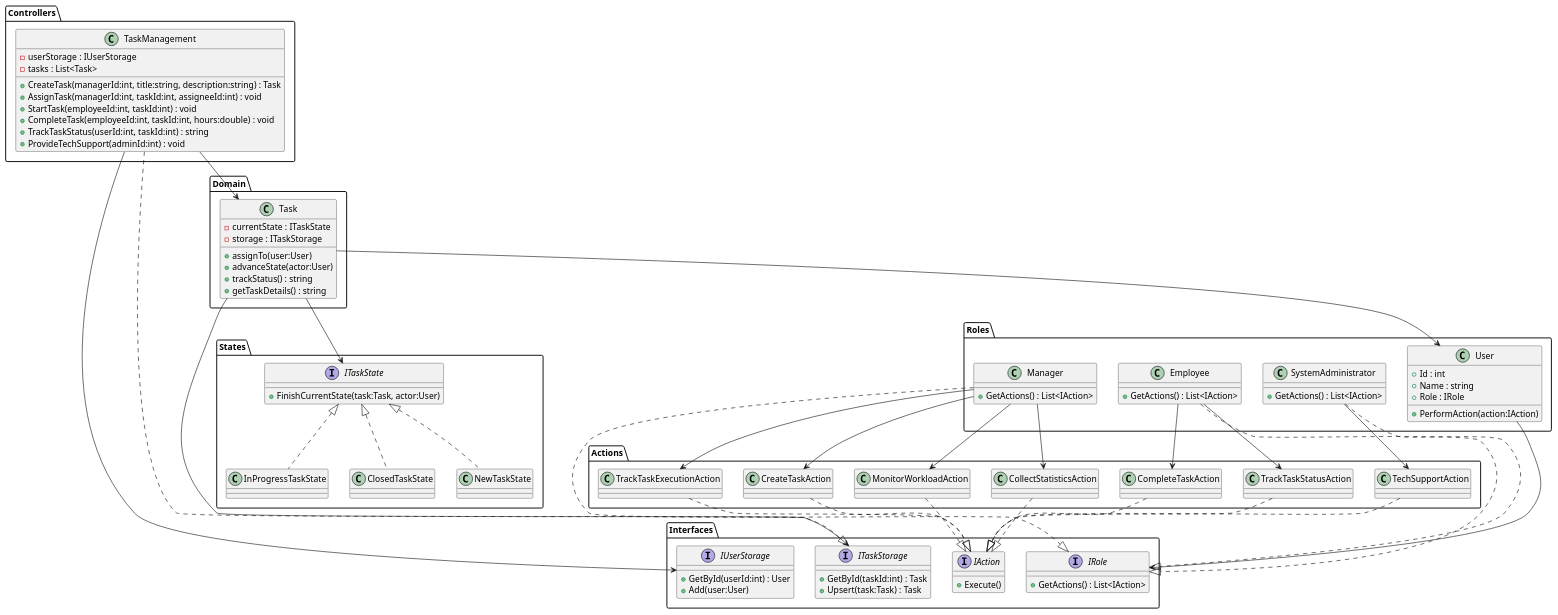
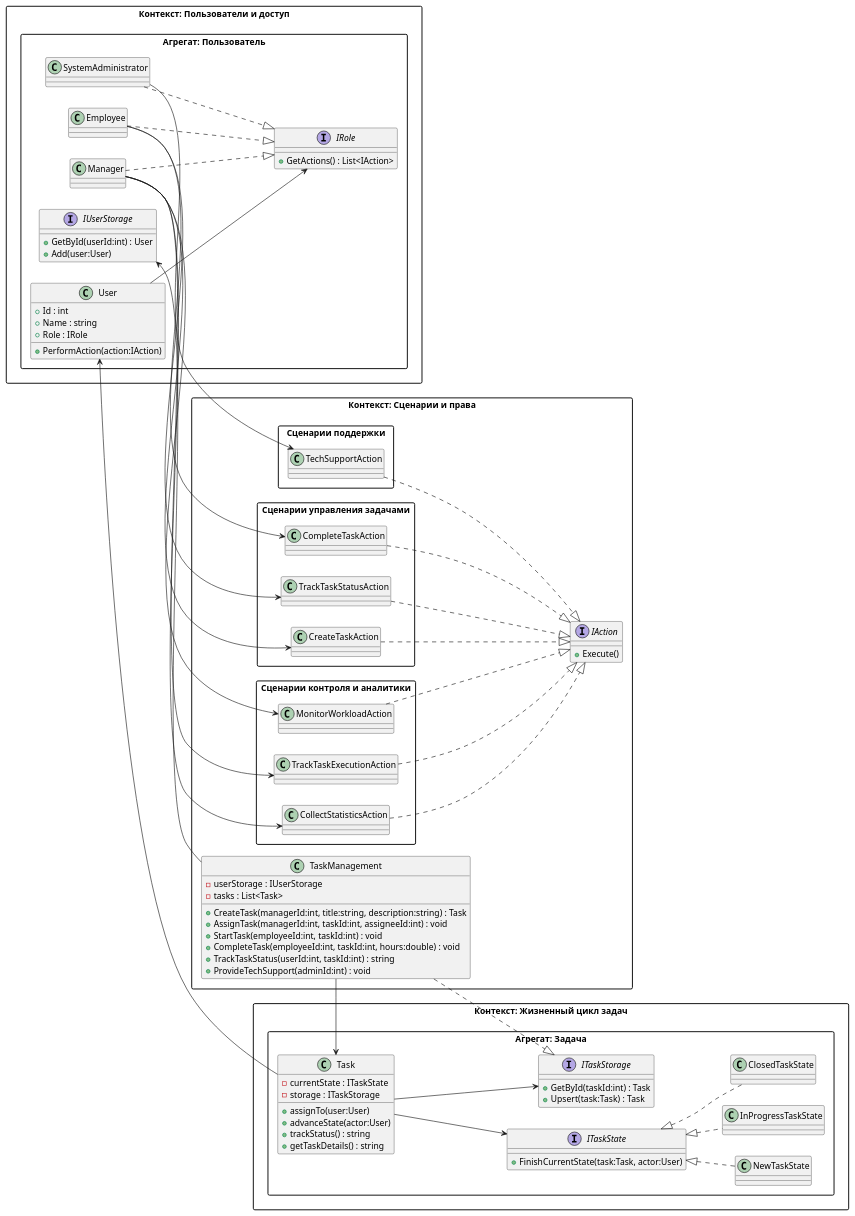
One commit to penamarth/bsbo-16-23_team3_var5_timemanagement changed the diagram in Модель предметной области.md. Above: the diagram before and after it, drawn with PlantUML.

Commit message:
edit diagram

````diff
--- a/Модель предметной области.md
+++ b/Модель предметной области.md
@@ -5,87 +5,76 @@
 ```plantuml
 @startuml
-package Interfaces {
-    interface IRole {
-        +GetActions() : List<IAction>
+left to right direction
+skinparam packageStyle rectangle
+
+' ============================
+' Контекст: Пользователи и доступ
+' ============================
+package "Контекст: Пользователи и доступ" {
+
+    package "Агрегат: Пользователь" {
+
+        interface IRole {
+            +GetActions() : List<IAction>
+        }
+
+        class Manager
+        class Employee
+        class SystemAdministrator
+
+        class User {
+            +Id : int
+            +Name : string
+            +Role : IRole
+            +PerformAction(action:IAction)
+        }
+
+        interface IUserStorage {
+            +GetById(userId:int) : User
+            +Add(user:User)
+        }
+
+        Manager ..|> IRole
+        Employee ..|> IRole
+        SystemAdministrator ..|> IRole
+        User --> IRole
     }
+}
+
+' ============================
+' Контекст: Сценарии и права
+' ============================
+package "Контекст: Сценарии и права" {
+
     interface IAction {
         +Execute()
     }
-    interface IUserStorage {
-        +GetById(userId:int) : User
-        +Add(user:User)
-    }
-    interface ITaskStorage {
-        +GetById(taskId:int) : Task
-        +Upsert(task:Task) : Task
-    }
-}
 
-package Roles {
-    class Manager {
-        +GetActions() : List<IAction>
-    }
-    class Employee {
-        +GetActions() : List<IAction>
-    }
-    class SystemAdministrator {
-        +GetActions() : List<IAction>
-    }
-    class User {
-        +Id : int
-        +Name : string
-        +Role : IRole
-        +PerformAction(action:IAction)
+    package "Сценарии поддержки" {
+        class TechSupportAction
+        TechSupportAction ..|> IAction
     }
 
-    Manager ..|> IRole
-    Employee ..|> IRole
-    SystemAdministrator ..|> IRole
-}
+    package "Сценарии управления задачами" {
+        class CreateTaskAction
+        class TrackTaskStatusAction
+        class CompleteTaskAction
 
-package Actions {
-    class CreateTaskAction
-    class TrackTaskExecutionAction
-    class CollectStatisticsAction
-    class MonitorWorkloadAction
-    class TrackTaskStatusAction
-    class CompleteTaskAction
-    class TechSupportAction
+        CreateTaskAction ..|> IAction
+        TrackTaskStatusAction ..|> IAction
+        CompleteTaskAction ..|> IAction
+    }
 
-    CreateTaskAction ..|> IAction
-    TrackTaskExecutionAction ..|> IAction
-    CollectStatisticsAction ..|> IAction
-    MonitorWorkloadAction ..|> IAction
-    TrackTaskStatusAction ..|> IAction
-    CompleteTaskAction ..|> IAction
-    TechSupportAction ..|> IAction
-}
+    package "Сценарии контроля и аналитики" {
+        class TrackTaskExecutionAction
+        class CollectStatisticsAction
+        class MonitorWorkloadAction
 
-package Domain {
-    class Task {
-        -currentState : ITaskState
-        -storage : ITaskStorage
-        +assignTo(user:User)
-        +advanceState(actor:User)
-        +trackStatus() : string
-        +getTaskDetails() : string
+        TrackTaskExecutionAction ..|> IAction
+        CollectStatisticsAction ..|> IAction
+        MonitorWorkloadAction ..|> IAction
     }
-}
 
-package States {
-    interface ITaskState {
-        +FinishCurrentState(task:Task, actor:User)
-    }
-    class NewTaskState
-    class InProgressTaskState
-    class ClosedTaskState
-
-    ITaskState <|.. NewTaskState
-    ITaskState <|.. InProgressTaskState
-    ITaskState <|.. ClosedTaskState
-}
-
-package Controllers {
     class TaskManagement {
         -userStorage : IUserStorage
         -tasks : List<Task>
@@ -98,13 +87,52 @@
     }
 }
 
+' ============================
+' Контекст: Жизненный цикл задач
+' ============================
+package "Контекст: Жизненный цикл задач" {
+
+    package "Агрегат: Задача" {
+
+        class Task {
+            -currentState : ITaskState
+            -storage : ITaskStorage
+            +assignTo(user:User)
+            +advanceState(actor:User)
+            +trackStatus() : string
+            +getTaskDetails() : string
+        }
+
+        interface ITaskStorage {
+            +GetById(taskId:int) : Task
+            +Upsert(task:Task) : Task
+        }
+
+        interface ITaskState {
+            +FinishCurrentState(task:Task, actor:User)
+        }
+
+        class NewTaskState
+        class InProgressTaskState
+        class ClosedTaskState
+
+        ITaskState <|.. NewTaskState
+        ITaskState <|.. InProgressTaskState
+        ITaskState <|.. ClosedTaskState
+
+        Task --> ITaskState
+        Task --> ITaskStorage
+    }
+}
+
+' ============================
+' Связи между контекстами
+' ============================
+
 TaskManagement ..|> ITaskStorage
 TaskManagement --> IUserStorage
 TaskManagement --> Task
 Task --> User
-Task --> ITaskState
-Task --> ITaskStorage
-User --> IRole
 
 Manager --> CreateTaskAction
 Manager --> TrackTaskExecutionAction
````
